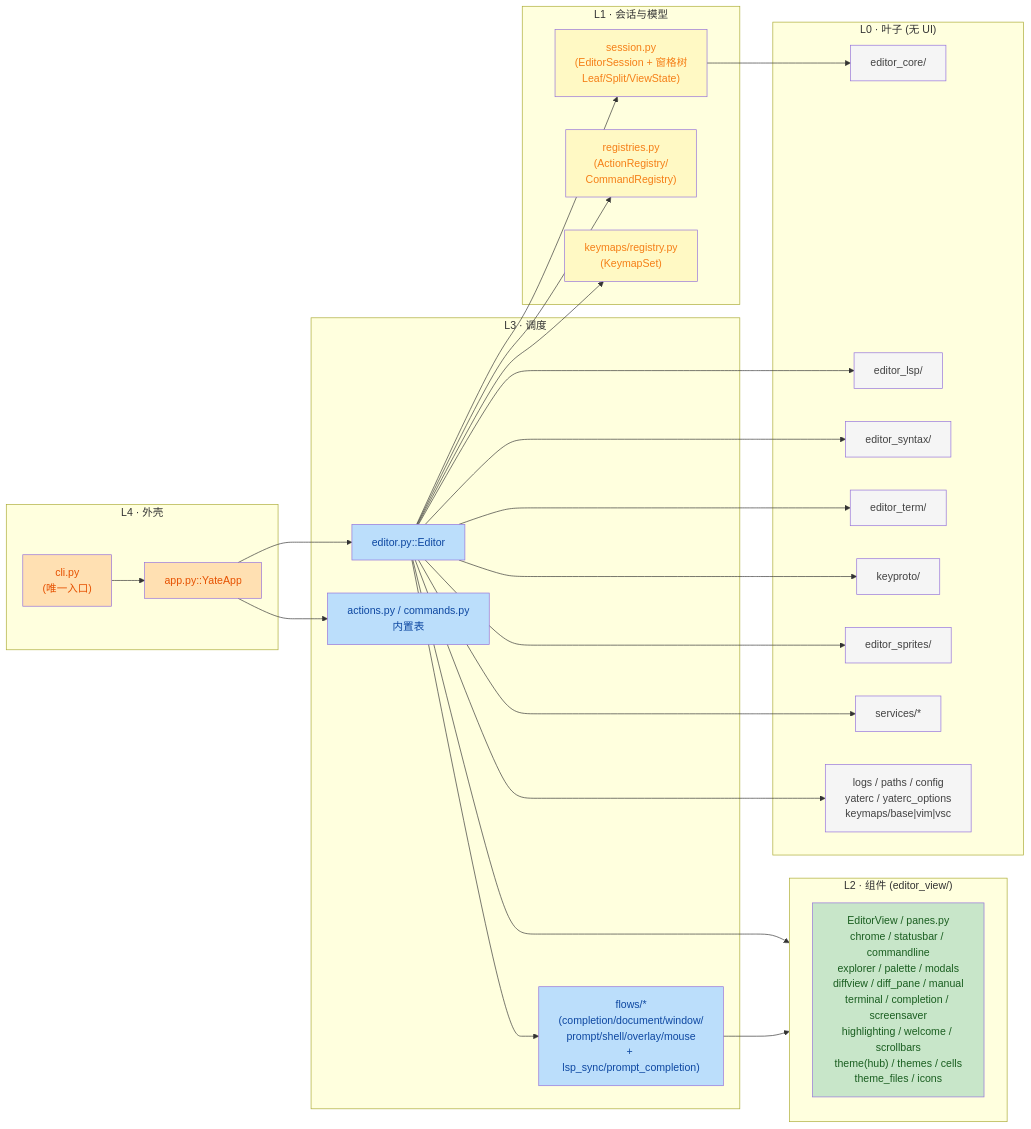
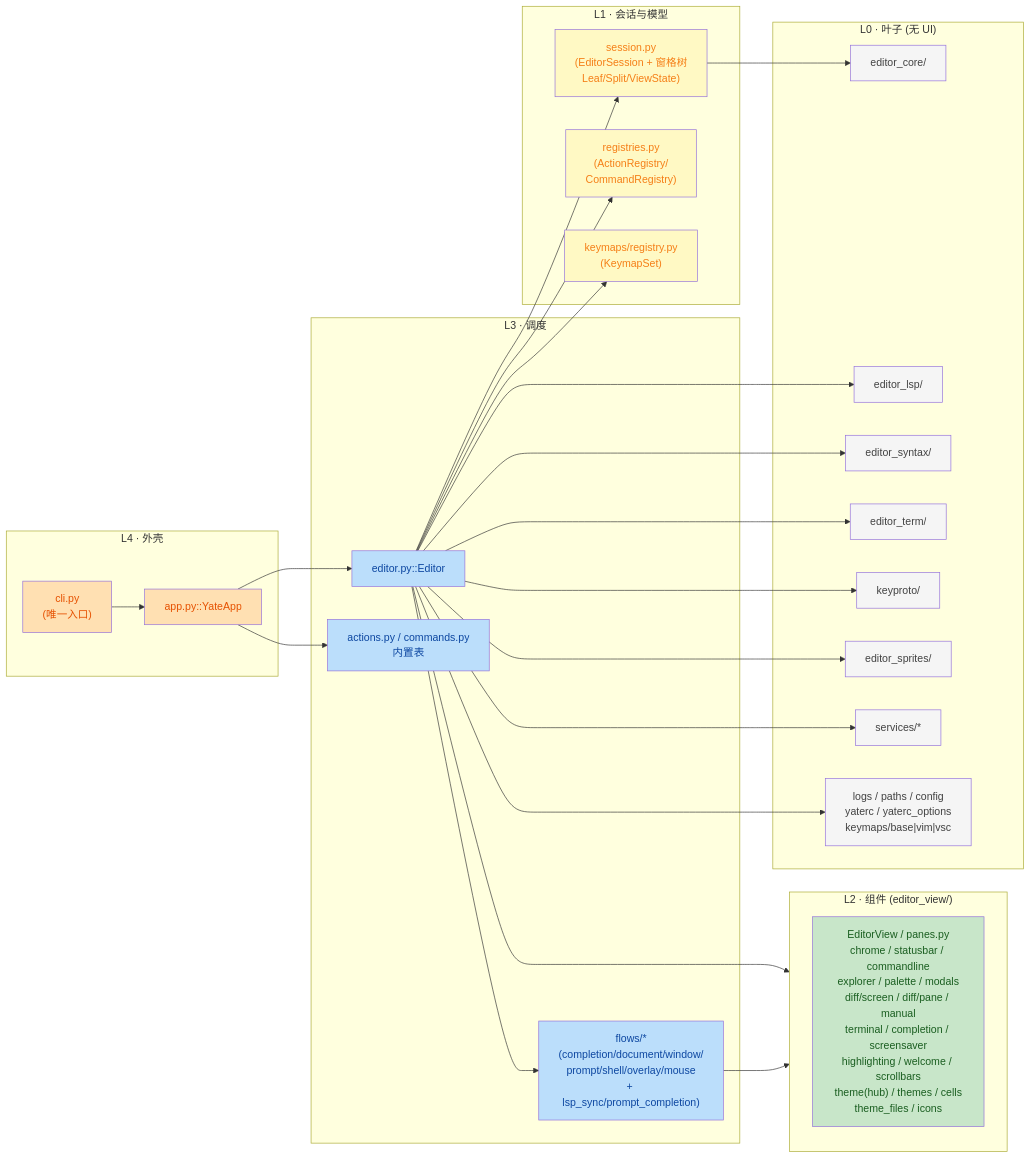
Before and after one commit to BigThxBrigde/yate: the first of 3 diagrams in .trae/wikis/yate-architecture.md, drawn with Mermaid. The commit also changed other lines of this file and 10 other files, not shown here.

Commit message:
refactor(editor-components): subpackage diff/ (screen + pane)

````diff
--- a/.trae/wikis/yate-architecture.md
+++ b/.trae/wikis/yate-architecture.md
@@ -14,57 +14,57 @@
 ```mermaid
 flowchart LR
     subgraph L4["L4 · 外壳"]
         CLI["cli.py<br/>(唯一入口)"]
         APP["app.py::YateApp"]
     end
     subgraph L3["L3 · 调度"]
         ED["editor.py::Editor"]
         ACT["actions.py / commands.py<br/>内置表"]
         FLOWS["flows/*<br/>(completion/document/window/<br/>prompt/shell/overlay/mouse<br/>+ lsp_sync/prompt_completion)"]
     end
     subgraph L2["L2 · 组件 (editor_view/)"]
-        EV["EditorView / panes.py<br/>chrome / statusbar / commandline<br/>explorer / palette / modals<br/>diffview / diff_pane / manual<br/>terminal / completion / screensaver<br/>highlighting / welcome / scrollbars<br/>theme(hub) / themes / cells<br/>theme_files / icons"]
+        EV["EditorView / panes.py<br/>chrome / statusbar / commandline<br/>explorer / palette / modals<br/>diff/screen / diff/pane / manual<br/>terminal / completion / screensaver<br/>highlighting / welcome / scrollbars<br/>theme(hub) / themes / cells<br/>theme_files / icons"]
     end
     subgraph L1["L1 · 会话与模型"]
         SES["session.py<br/>(EditorSession + 窗格树<br/>Leaf/Split/ViewState)"]
         REG["registries.py<br/>(ActionRegistry/<br/>CommandRegistry)"]
         KMREG["keymaps/registry.py<br/>(KeymapSet)"]
     end
     subgraph L0["L0 · 叶子 (无 UI)"]
         CORE["editor_core/"]
         LSP["editor_lsp/"]
         SYN["editor_syntax/"]
         TERM["editor_term/"]
         KP["keyproto/"]
         SPR["editor_sprites/"]
         SRV["services/*"]
         MISC["logs / paths / config<br/>yaterc / yaterc_options<br/>keymaps/base|vim|vsc"]
     end
     CLI --> APP
     APP --> ED
     APP --> ACT
     ED --> FLOWS
     ED --> L2
     ED --> SES
     ED --> REG
     ED --> KMREG
     FLOWS --> L2
     SES --> CORE
     ED --> LSP
     ED --> SYN
     ED --> TERM
     ED --> KP
     ED --> SPR
     ED --> SRV
     ED --> MISC
     classDef l4 fill:#ffe0b2,color:#e65100
     classDef l3 fill:#bbdefb,color:#0d47a1
     classDef l2 fill:#c8e6c9,color:#1a5e20
     classDef l1 fill:#fff9c4,color:#f57f17
     classDef l0 fill:#f5f5f5,color:#424242
     class CLI,APP l4
     class ED,ACT,FLOWS l3
     class EV l2
     class SES,REG,KMREG l1
     class CORE,LSP,SYN,TERM,KP,SPR,SRV,MISC l0
 ```
````
